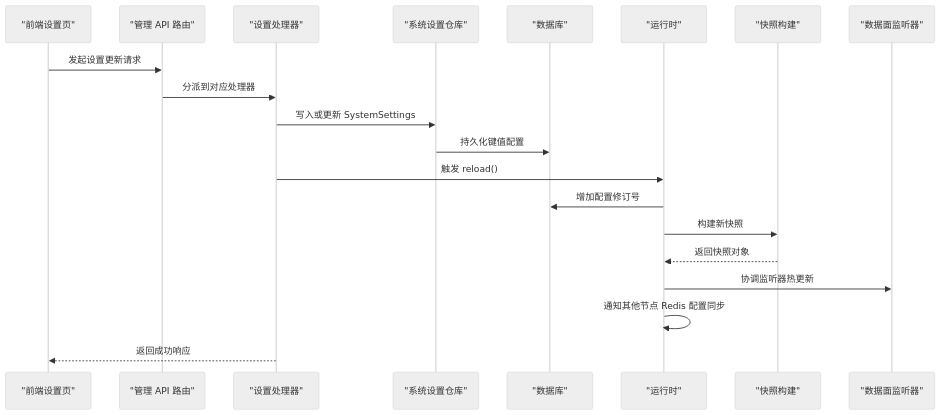
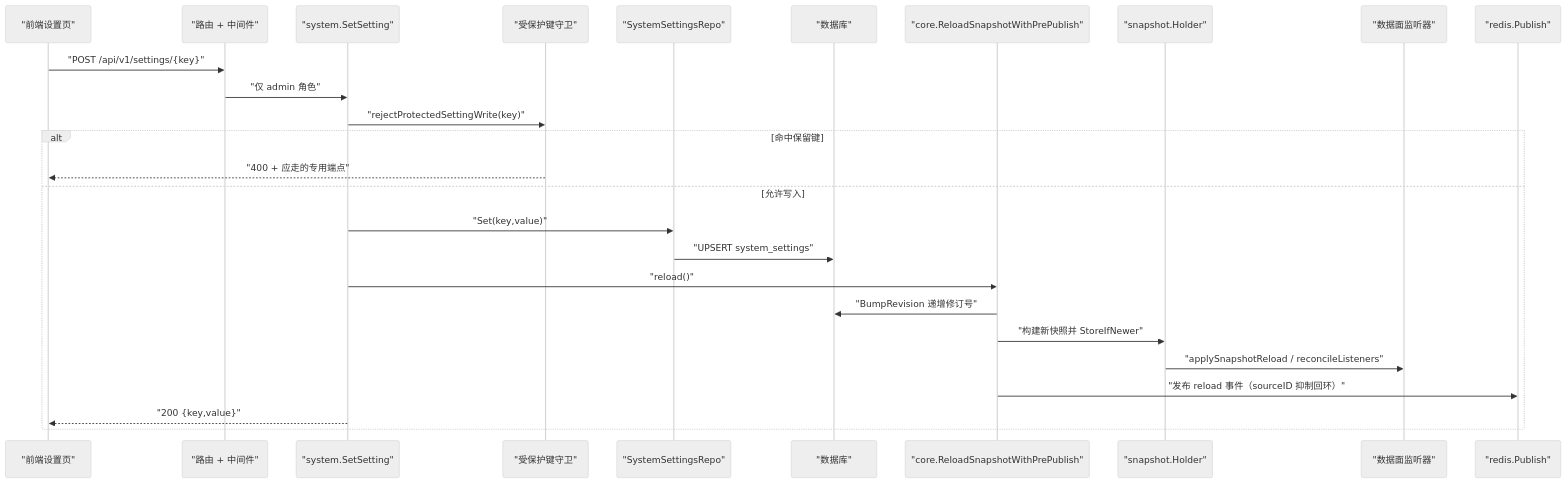
Before and after one commit to x01n/My-OpenWaf: the third of 5 diagrams in docs/管理 API 系统/系统设置 API.md, drawn with Mermaid (neutral theme). The commit also changed other lines of this file and 622 other files, not shown here.

````diff
--- a/docs/管理 API 系统/系统设置 API.md
+++ b/docs/管理 API 系统/系统设置 API.md
@@ -82,22 +231,28 @@
 ```mermaid
 sequenceDiagram
 participant FE as "前端设置页"
-participant API as "管理 API 路由"
-participant H as "设置处理器"
-participant R as "系统设置仓库"
+participant R as "路由 + 中间件"
+participant H as "system.SetSetting"
+participant G as "受保护键守卫"
+participant P as "SystemSettingsRepo"
 participant DB as "数据库"
-participant RT as "运行时"
-participant SNAP as "快照构建"
+participant CR as "core.ReloadSnapshotWithPrePublish"
+participant SH as "snapshot.Holder"
 participant DP as "数据面监听器"
-FE->>API : 发起设置更新请求
-API->>H : 分派到对应处理器
-H->>R : 写入或更新 SystemSettings
-R->>DB : 持久化键值配置
-H->>RT : 触发 reload()
-RT->>DB : 增加配置修订号
-RT->>SNAP : 构建新快照
-SNAP-->>RT : 返回快照对象
-RT->>DP : 协调监听器热更新
-RT->>RT : 通知其他节点 Redis 配置同步
-H-->>FE : 返回成功响应
+participant PS as "redis.Publish"
+FE->>R : "POST /api/v1/settings/{key}"
+R->>H : "仅 admin 角色"
+H->>G : "rejectProtectedSettingWrite(key)"
+alt 命中保留键
+G-->>FE : "400 + 应走的专用端点"
+else 允许写入
+H->>P : "Set(key,value)"
+P->>DB : "UPSERT system_settings"
+H->>CR : "reload()"
+CR->>DB : "BumpRevision 递增修订号"
+CR->>SH : "构建新快照并 StoreIfNewer"
+SH->>DP : "applySnapshotReload / reconcileListeners"
+CR->>PS : "发布 reload 事件（sourceID 抑制回环）"
+H-->>FE : "200 {key,value}"
+end
 ```
````
